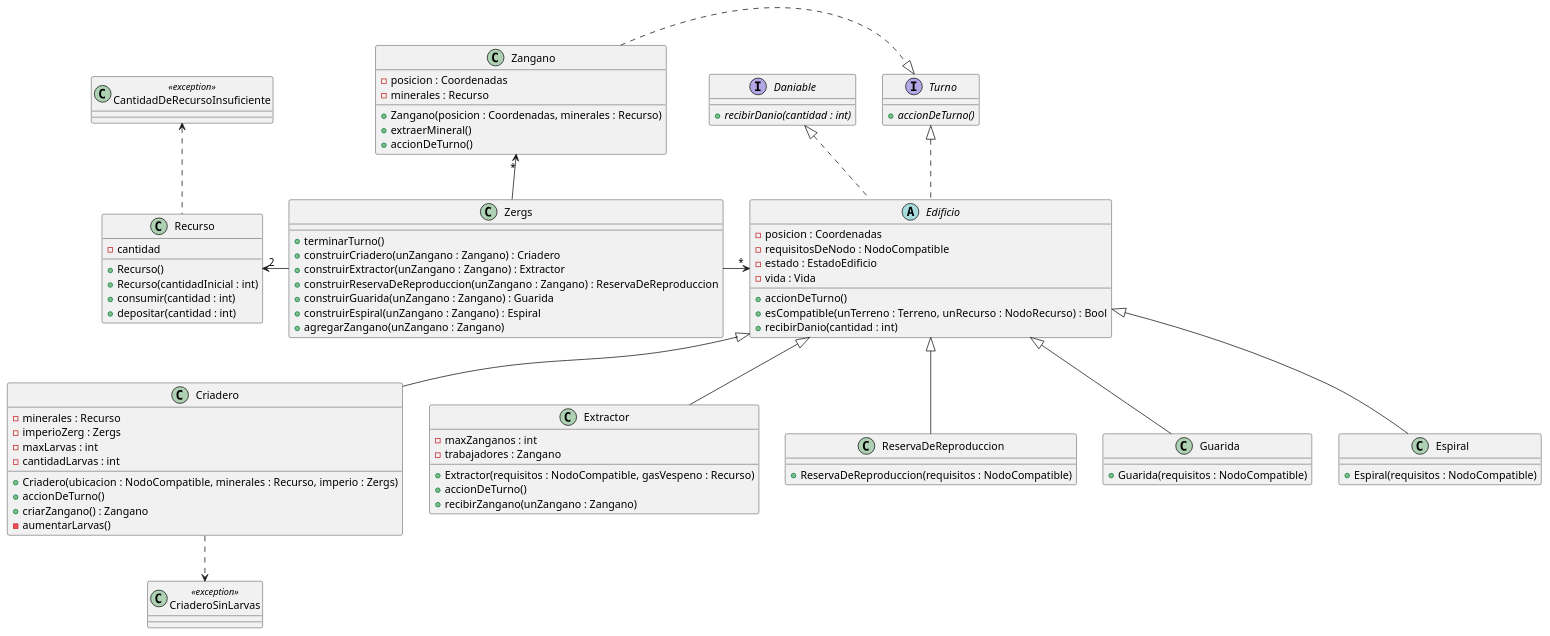
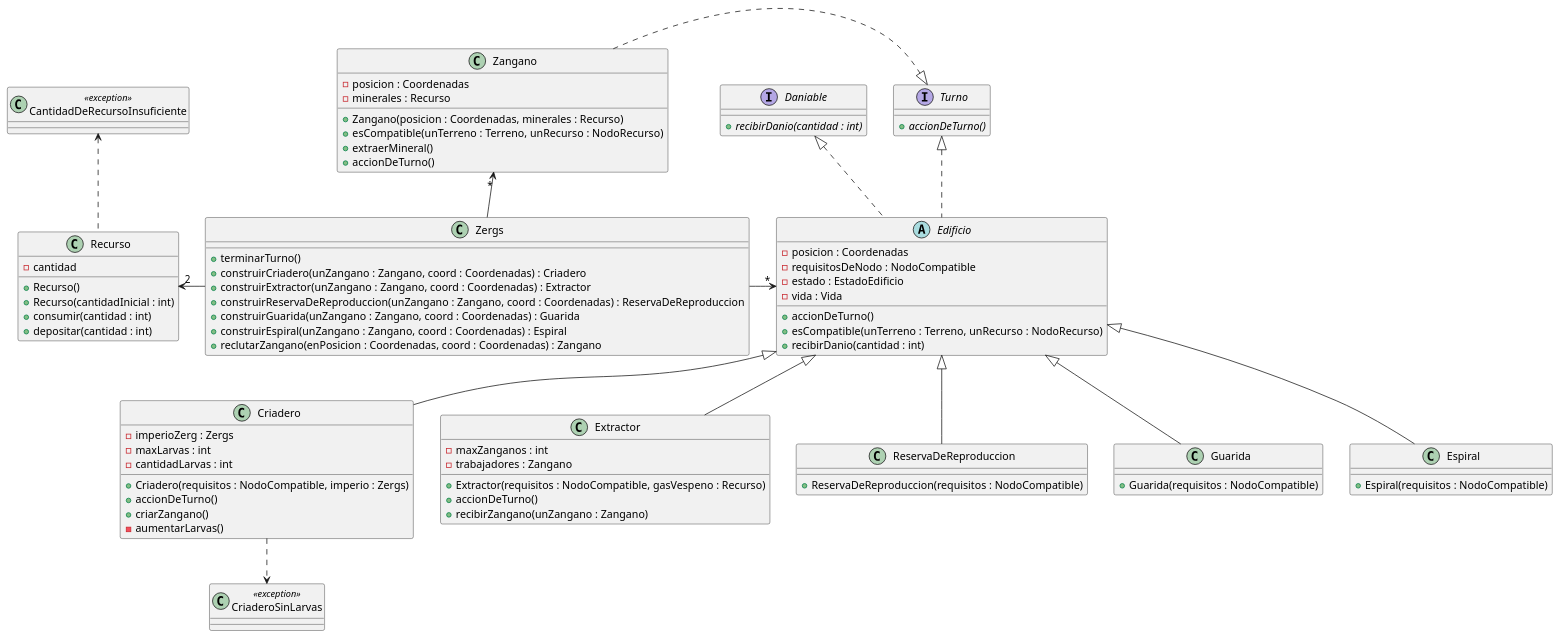
The diagram in diagrams/classes/zergs.plantuml (gabrielzitelli/Algo3_TP2_AlgoStar), drawn with PlantUML before and after one commit. The commit also changed 15 other files, not shown here.

```diff
--- a/diagrams/classes/zergs.plantuml
+++ b/diagrams/classes/zergs.plantuml
@@ -1,102 +1,101 @@
 @startuml
 
 class Zergs {
     + terminarTurno()
-    + construirCriadero(unZangano : Zangano) : Criadero
-    + construirExtractor(unZangano : Zangano) : Extractor
-    + construirReservaDeReproduccion(unZangano : Zangano) : ReservaDeReproduccion
-    + construirGuarida(unZangano : Zangano) : Guarida
-    + construirEspiral(unZangano : Zangano) : Espiral
-    + agregarZangano(unZangano : Zangano)
+    + construirCriadero(unZangano : Zangano, coord : Coordenadas) : Criadero
+    + construirExtractor(unZangano : Zangano, coord : Coordenadas) : Extractor
+    + construirReservaDeReproduccion(unZangano : Zangano, coord : Coordenadas) : ReservaDeReproduccion
+    + construirGuarida(unZangano : Zangano, coord : Coordenadas) : Guarida
+    + construirEspiral(unZangano : Zangano, coord : Coordenadas) : Espiral
+    + reclutarZangano(enPosicion : Coordenadas, coord : Coordenadas) : Zangano
 }
 
 class Recurso {
     - cantidad
     + Recurso()
     + Recurso(cantidadInicial : int)
     + consumir(cantidad : int)
     + depositar(cantidad : int)
-
 }
 
 abstract class Edificio {
     - posicion : Coordenadas
     - requisitosDeNodo : NodoCompatible
     - estado : EstadoEdificio
     - vida : Vida
     + accionDeTurno()
-    + esCompatible(unTerreno : Terreno, unRecurso : NodoRecurso) : Bool
+    + esCompatible(unTerreno : Terreno, unRecurso : NodoRecurso)
     + recibirDanio(cantidad : int)
 }
 
 class Zangano {
     - posicion : Coordenadas
     - minerales : Recurso
     + Zangano(posicion : Coordenadas, minerales : Recurso)
+    + esCompatible(unTerreno : Terreno, unRecurso : NodoRecurso)
     + extraerMineral()
     + accionDeTurno()
 }
 
 interface Turno {
     {abstract} + accionDeTurno()
 }
 
 interface Daniable {
     {abstract} + recibirDanio(cantidad : int)
 }
 
 class Criadero {
-    - minerales : Recurso
     - imperioZerg : Zergs
     - maxLarvas : int
     - cantidadLarvas : int
-    + Criadero(ubicacion : NodoCompatible, minerales : Recurso, imperio : Zergs)
+    + Criadero(requisitos : NodoCompatible, imperio : Zergs)
     + accionDeTurno()
-    + criarZangano() : Zangano
+    + criarZangano()
     - aumentarLarvas()
 }
 
 class Extractor {
     - maxZanganos : int
     - trabajadores : Zangano
     + Extractor(requisitos : NodoCompatible, gasVespeno : Recurso)
     + accionDeTurno()
     + recibirZangano(unZangano : Zangano)
 }
 
 class ReservaDeReproduccion {
     + ReservaDeReproduccion(requisitos : NodoCompatible)
 }
 
 class Guarida {
     + Guarida(requisitos : NodoCompatible)
 }
 
 class Espiral {
     + Espiral(requisitos : NodoCompatible)
 }
 
 class CantidadDeRecursoInsuficiente <<exception>> {
 }
 
 class CriaderoSinLarvas <<exception>> {
 }
 
 Zergs -left> "2" Recurso
 Zergs -right-> "*" Edificio
 Zergs -up-> "*" Zangano
 
 Daniable <|.down. Edificio
 Turno <|.left. Zangano
 Turno <|.. Edificio
 
 Edificio <|-- Criadero
 Edificio <|-- Extractor
 Edificio <|-- ReservaDeReproduccion
 Edificio <|-- Guarida
 Edificio <|-- Espiral
 
 CantidadDeRecursoInsuficiente <.. Recurso
 CriaderoSinLarvas <.up. Criadero
 
 @enduml
```
